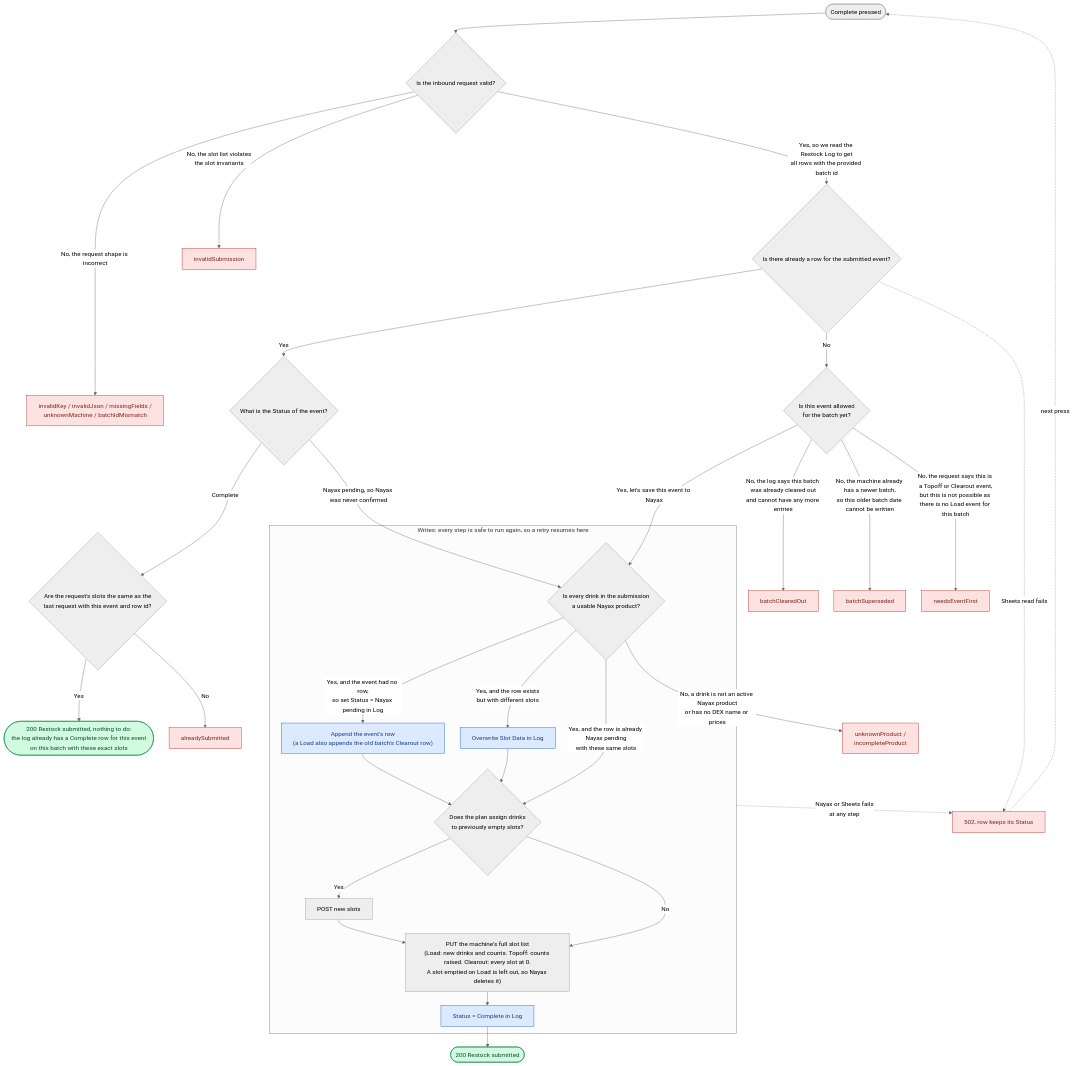
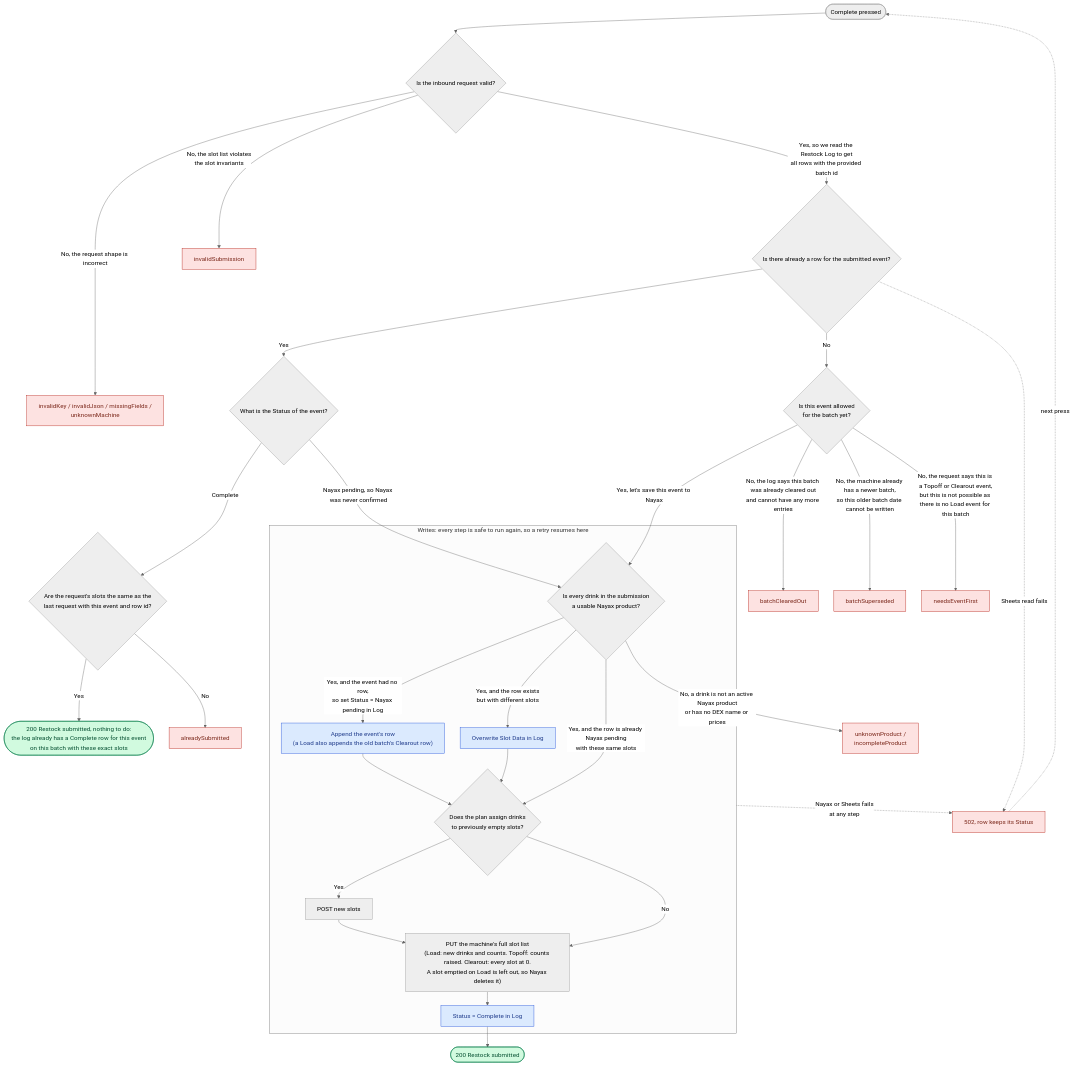
Before and after one commit to Orble-Tea/orble-site: the diagram in docs/restock.md, drawn with Mermaid (neutral theme). The commit also changed 7 other files, not shown here.

````diff
--- a/docs/restock.md
+++ b/docs/restock.md
@@ -8,52 +8,52 @@
 ```mermaid
 %%{init: {"flowchart": {"rankSpacing": 35, "nodeSpacing": 40, "wrappingWidth": 360}}}%%
 flowchart TD
   A([Complete pressed]) --> Q1{Is the inbound request valid?}
-  Q1 -- "No, the request shape is incorrect" --> R0["invalidKey / invalidJson / missingFields /<br/>unknownMachine / batchIdMismatch"]
+  Q1 -- "No, the request shape is incorrect" --> R0["invalidKey / invalidJson / missingFields /<br/>unknownMachine"]
   Q1 -- "No, the slot list violates<br/>the slot invariants" --> R1[invalidSubmission]
   Q1 -- "Yes, so we read the Restock Log to get<br/>all rows with the provided batch id" --> Q2{"Is there already a row for the submitted event?"}
   Q2 -- Yes --> ST{"What is the Status of the event?"}
   Q2 -- No --> Q2b{"Is this event allowed<br/>for the batch yet?"}
 
   ST -- Complete --> SSC{"Are the request's slots the same as the<br/>last request with this event and row id?"}
   R0 ~~~ SSC
   ST -- "Nayax pending, so Nayax was never confirmed" --> Q3
 
   SSC -- Yes --> OK0(["200 Restock submitted, nothing to do:<br/>the log already has a Complete row for this event<br/>on this batch with these exact slots"])
   SSC -- No --> R5[alreadySubmitted]
 
   Q2b -- "Yes, let's save this event to Nayax" --> Q3
   Q2b -- "No, the log says this batch was already cleared out<br/>and cannot have any more entries" --> R2[batchClearedOut]
   Q2b -- "No, the machine already has a newer batch,<br/>so this older batch date cannot be written" --> R7[batchSuperseded]
   Q2b -- "No, the request says this is a Topoff or Clearout event,<br/>but this is not possible as there is no Load event for this batch" --> R4[needsEventFirst]
 
   subgraph W [Writes: every step is safe to run again, so a retry resumes here]
   Q3{"Is every drink in the submission<br/>a usable Nayax product?"}
   Q3 -- "Yes, and the event had no row,<br/>so set Status = Nayax pending in Log" --> E1["Append the event's row<br/>(a Load also appends the old batch's Clearout row)"]
   Q3 -- "Yes, and the row exists<br/>but with different slots" --> E2[Overwrite Slot Data in Log]
   Q3 -- "Yes, and the row is already Nayax pending<br/>with these same slots" --> Q4
   E1 --> Q4
   E2 --> Q4
 
   Q4{"Does the plan assign drinks<br/>to previously empty slots?"}
   Q4 -- Yes --> P[POST new slots]
   Q4 -- No --> N
   P --> N
   N["PUT the machine's full slot list<br/>(Load: new drinks and counts. Topoff: counts raised. Clearout: every slot at 0.<br/>A slot emptied on Load is left out, so Nayax deletes it)"]
   N --> G[Status = Complete in Log]
   end
   Q3 -- "No, a drink is not an active Nayax product<br/>or has no DEX name or prices" --> R6["unknownProduct /<br/>incompleteProduct"]
   G --> OK([200 Restock submitted])
 
   Q2 -. "Sheets read fails" .-> X[502, row keeps its Status]
   R6 ~~~ X
   W -. "Nayax or Sheets fails<br/>at any step" .-> X
   X -. "next press" .-> A
 
   classDef reject fill:#fde2e1,stroke:#b42318,color:#7a271a
   classDef ok fill:#d1fadf,stroke:#027a48,color:#054f31
   class R0,R1,R2,R4,R5,R6,R7,X reject
   class OK,OK0 ok
   classDef log fill:#dbeafe,stroke:#1d4ed8,color:#1e3a8a
   class E1,E2,G log
 ```
````
